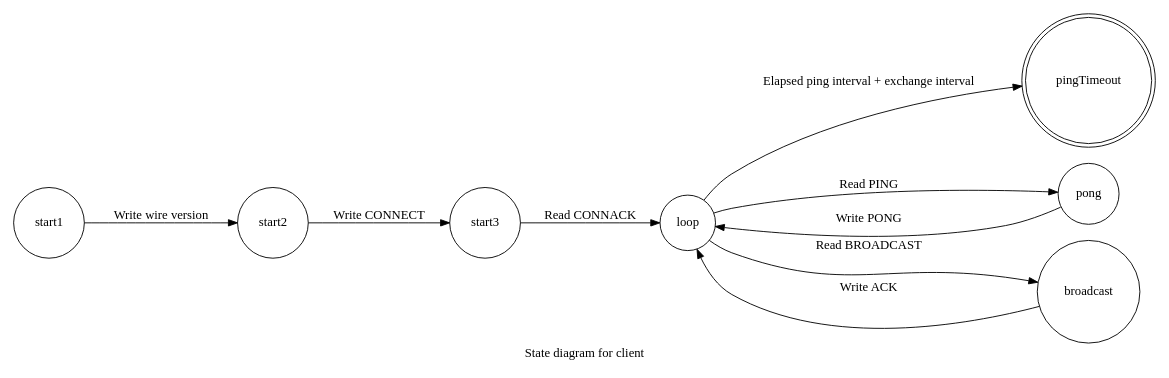
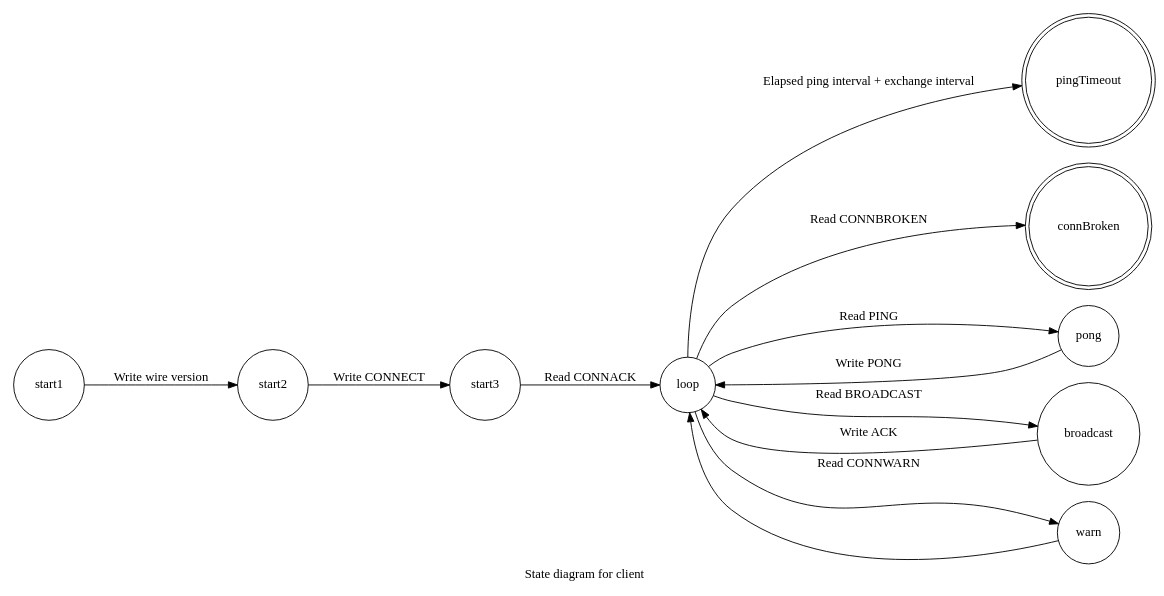
Before and after one commit to ubports/ubuntu-push: the diagram in protocol/state-diag-client.gv, drawn with Graphviz. The commit also changed 9 other files, not shown here.

```diff
--- a/protocol/state-diag-client.gv
+++ b/protocol/state-diag-client.gv
@@ -1,16 +1,19 @@
 digraph state_diagram_client {
         label = "State diagram for client";
         size="12,6";
         rankdir=LR;
-        node [shape = doublecircle]; pingTimeout;
+        node [shape = doublecircle]; pingTimeout; connBroken;
         node [shape = circle];
         start1 -> start2 [ label = "Write wire version" ];
         start2 -> start3 [ label = "Write CONNECT" ];
         start3 -> loop [ label = "Read CONNACK" ];
         loop -> pong [ label = "Read PING" ];
         loop -> broadcast [label = "Read BROADCAST"];
         pong -> loop [label = "Write PONG"];
         broadcast -> loop [label = "Write ACK"];
         loop -> pingTimeout [
              label = "Elapsed ping interval + exchange interval"];
+        loop -> connBroken [label = "Read CONNBROKEN"];
+        loop -> warn [label = "Read CONNWARN"];
+        warn -> loop;
 }
```
